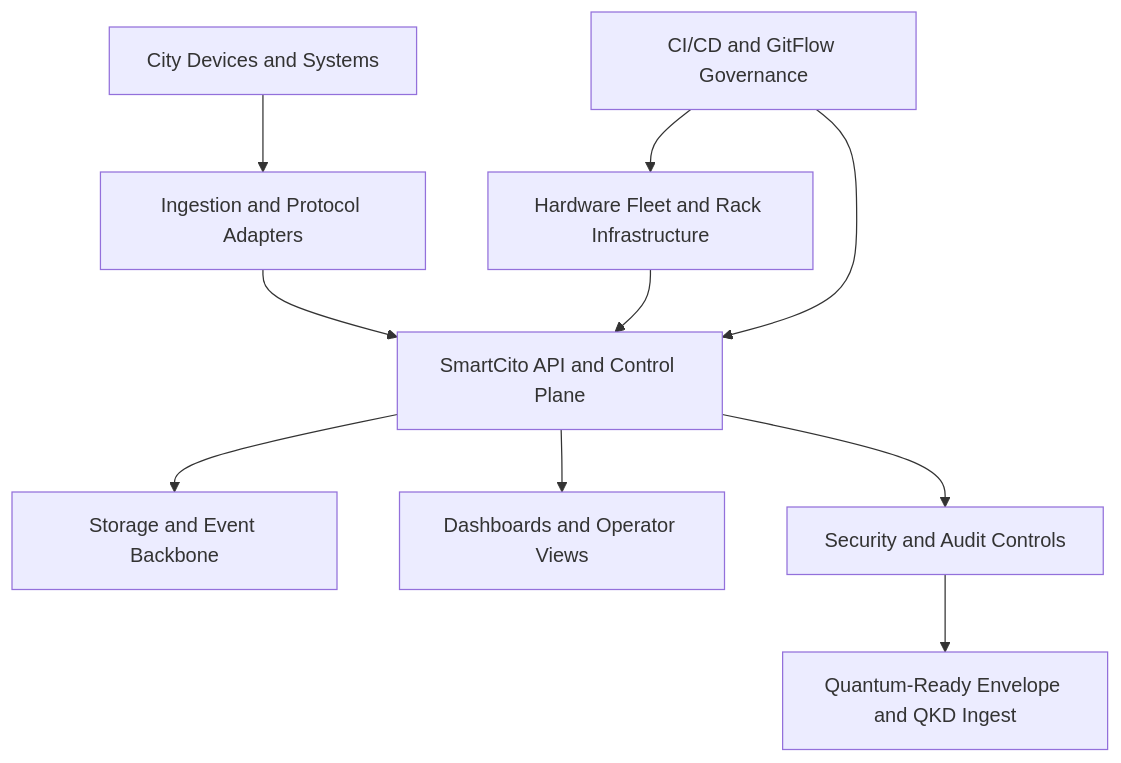
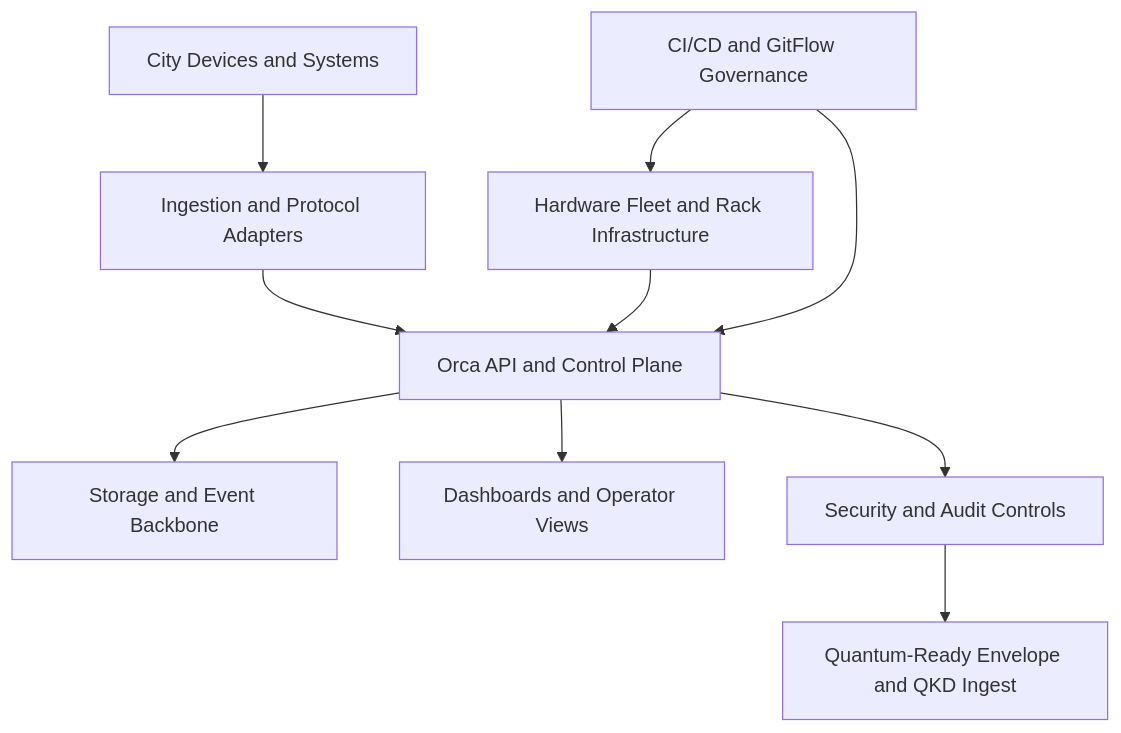
One commit to atonixdev/smartcito changed the first of 5 diagrams in docs/WIKI.md. Above: the diagram before and after it, drawn with Mermaid. The commit also changed other lines of this file and 433 other files, not shown here.

````diff
--- a/docs/WIKI.md
+++ b/docs/WIKI.md
@@ -81,12 +81,12 @@
 ```mermaid
 flowchart TD
     A[City Devices and Systems] --> B[Ingestion and Protocol Adapters]
-    B --> C[SmartCito API and Control Plane]
+    B --> C[Orca API and Control Plane]
     C --> D[Storage and Event Backbone]
     C --> E[Dashboards and Operator Views]
     C --> F[Security and Audit Controls]
     F --> G[Quantum-Ready Envelope and QKD Ingest]
     H[Hardware Fleet and Rack Infrastructure] --> C
     I[CI/CD and GitFlow Governance] --> C
     I --> H
 ```
````
